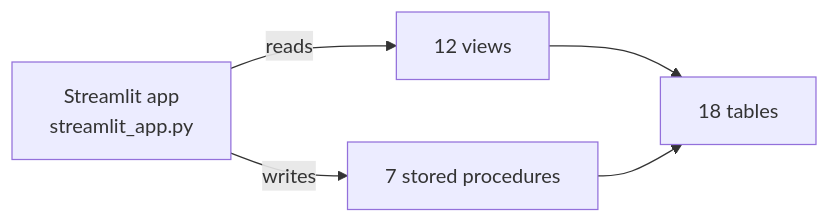
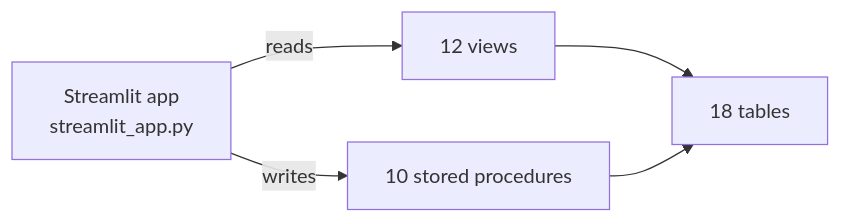
One commit to shopu10/ReferralPath changed the diagram in README.md. Above: the diagram before and after it, drawn with Mermaid. The commit also changed 2 other files, not shown here.

Commit message:
Update docs: 10 stored procedures

````diff
--- a/README.md
+++ b/README.md
@@ -30,7 +30,7 @@
 ```mermaid
 flowchart LR
     UI["Streamlit app<br/>streamlit_app.py"] -->|reads| V["12 views"]
-    UI -->|writes| P["7 stored procedures"]
+    UI -->|writes| P["10 stored procedures"]
     V --> T["18 tables"]
     P --> T
 ```
````
